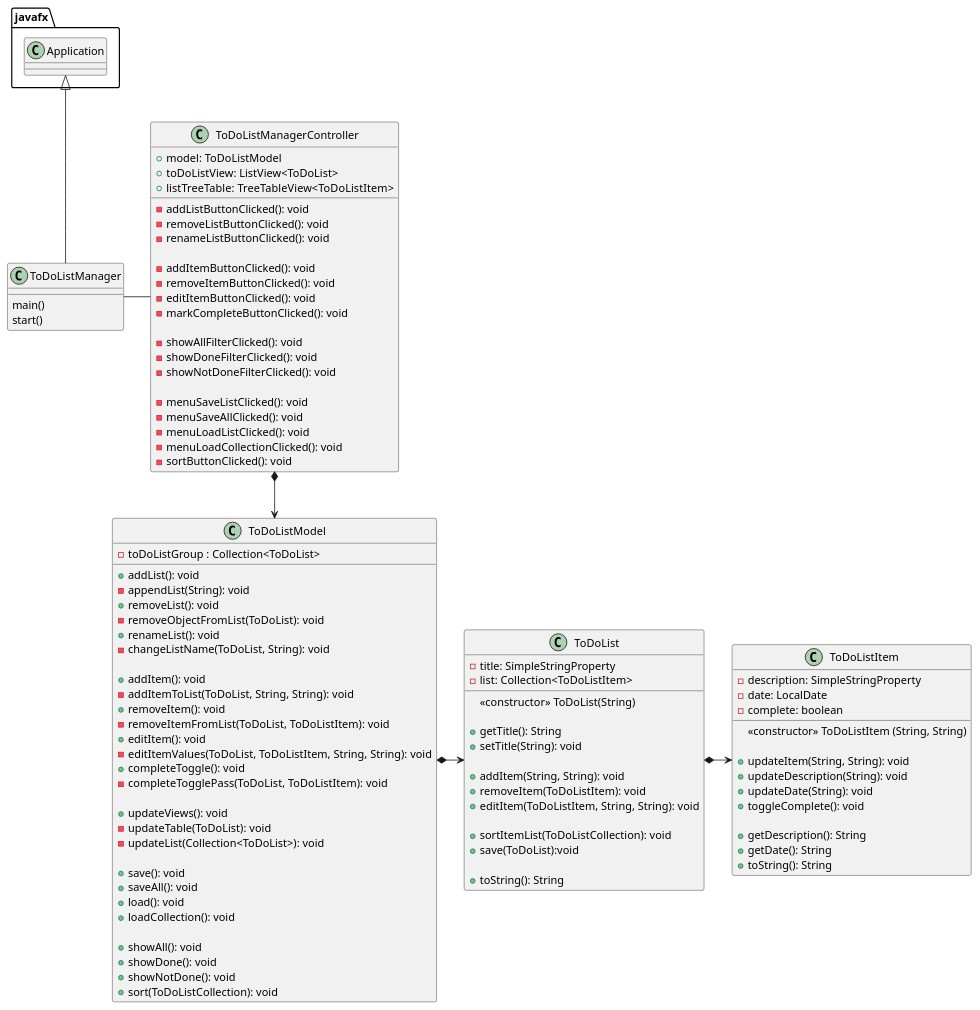
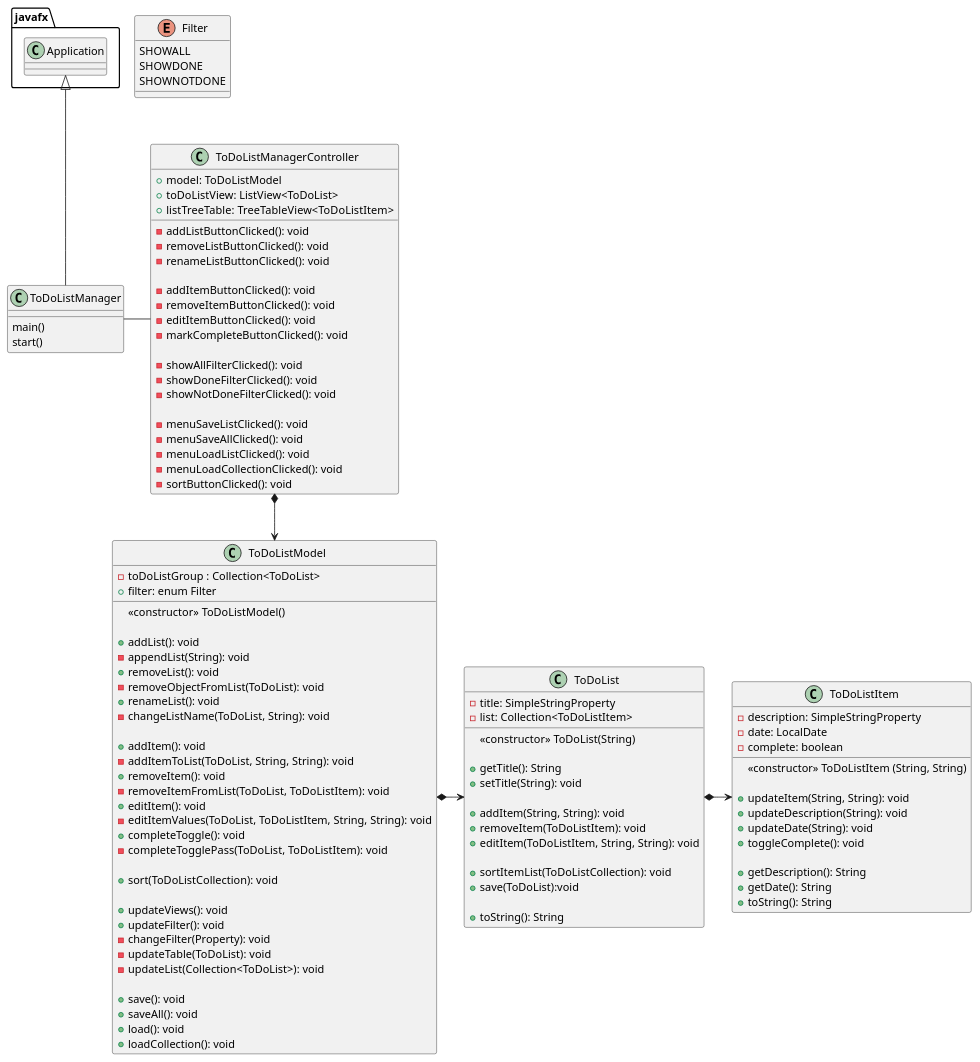
One commit to GSabiniPanini/little-cop3330-assignment4 changed the diagram in uml/ToDoListManager.puml. Above: the diagram before and after it, drawn with PlantUML. The commit also changed 3 other files, not shown here.

```diff
--- a/uml/ToDoListManager.puml
+++ b/uml/ToDoListManager.puml
@@ -1,110 +1,118 @@
 @startuml
 'https://plantuml.com/class-diagram'
 
 class ToDoListManager {
     main()
     start()
+}
+
+enum Filter {
+    SHOWALL
+    SHOWDONE
+    SHOWNOTDONE
 }
 
 class ToDoListManagerController {
     + model: ToDoListModel
     + toDoListView: ListView<ToDoList>
     + listTreeTable: TreeTableView<ToDoListItem>
 
     - addListButtonClicked(): void
     - removeListButtonClicked(): void
     - renameListButtonClicked(): void
 
     - addItemButtonClicked(): void
     - removeItemButtonClicked(): void
     - editItemButtonClicked(): void
     - markCompleteButtonClicked(): void
 
     - showAllFilterClicked(): void
     - showDoneFilterClicked(): void
     - showNotDoneFilterClicked(): void
 
     - menuSaveListClicked(): void
     - menuSaveAllClicked(): void
     - menuLoadListClicked(): void
     - menuLoadCollectionClicked(): void
     - sortButtonClicked(): void
 }
 
 class ToDoListModel {
     - toDoListGroup : Collection<ToDoList>
+    + filter: enum Filter
+
+    <<constructor>> ToDoListModel()
 
     + addList(): void
     - appendList(String): void
     + removeList(): void
     - removeObjectFromList(ToDoList): void
     + renameList(): void
     - changeListName(ToDoList, String): void
 
     + addItem(): void
     - addItemToList(ToDoList, String, String): void
     + removeItem(): void
     - removeItemFromList(ToDoList, ToDoListItem): void
     + editItem(): void
     - editItemValues(ToDoList, ToDoListItem, String, String): void
     + completeToggle(): void
     - completeTogglePass(ToDoList, ToDoListItem): void
 
+    + sort(ToDoListCollection): void
+
     + updateViews(): void
+    + updateFilter(): void
+    - changeFilter(Property): void
     - updateTable(ToDoList): void
     - updateList(Collection<ToDoList>): void
 
     + save(): void
     + saveAll(): void
     + load(): void
     + loadCollection(): void
-
-    + showAll(): void
-    + showDone(): void
-    + showNotDone(): void
-    + sort(ToDoListCollection): void
 }
 
 class ToDoList {
     - title: SimpleStringProperty
     - list: Collection<ToDoListItem>
 
     <<constructor>> ToDoList(String)
 
     + getTitle(): String
     + setTitle(String): void
 
     + addItem(String, String): void
     + removeItem(ToDoListItem): void
     + editItem(ToDoListItem, String, String): void
 
     + sortItemList(ToDoListCollection): void
     + save(ToDoList):void
 
     + toString(): String
 }
 
 class ToDoListItem {
     - description: SimpleStringProperty
     - date: LocalDate
     - complete: boolean
 
     <<constructor>> ToDoListItem (String, String)
 
     + updateItem(String, String): void
     + updateDescription(String): void
     + updateDate(String): void
     + toggleComplete(): void
 
     + getDescription(): String
     + getDate(): String
     + toString(): String
 }
 
 javafx.Application <|-- ToDoListManager
 ToDoListManager - ToDoListManagerController
 ToDoListManagerController *--> ToDoListModel
 ToDoListModel *-> ToDoList
 ToDoList *-> ToDoListItem
 
 @enduml
```
